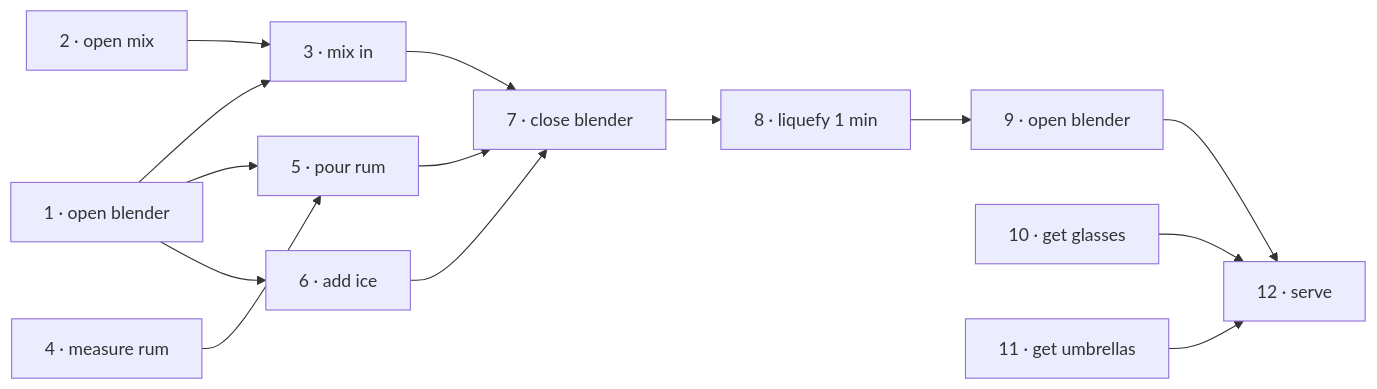
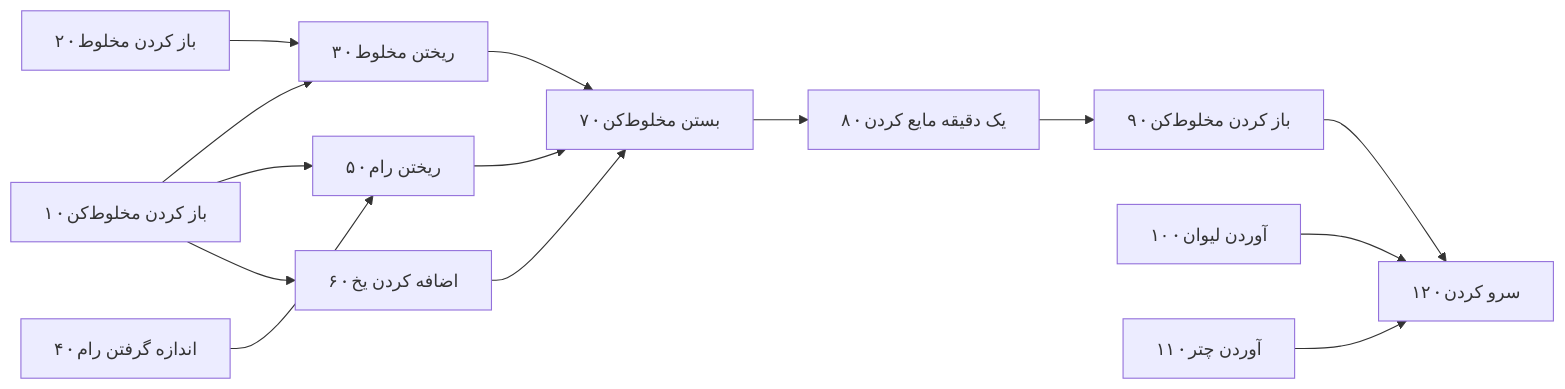
Before and after one commit to AlirezaHanifi/knowledge-vault: the first of 2 diagrams in books/the-pragmatic-programmer/chapters/06-concurrency.md, drawn with Mermaid. The commit also changed other lines of this file and 49 other files, not shown here.

````diff
--- a/books/the-pragmatic-programmer/chapters/06-concurrency.md
+++ b/books/the-pragmatic-programmer/chapters/06-concurrency.md
@@ -60,10 +62,10 @@
 ```mermaid
 flowchart LR
-    T1["1 · open blender"] --> T3["3 · mix in"]
-    T2["2 · open mix"] --> T3
-    T1 --> T5["5 · pour rum"]
-    T4["4 · measure rum"] --> T5
-    T1 --> T6["6 · add ice"]
-    T3 & T5 & T6 --> T7["7 · close blender"] --> T8["8 · liquefy 1 min"] --> T9["9 · open blender"]
-    T9 & T10["10 · get glasses"] & T11["11 · get umbrellas"] --> T12["12 · serve"]
+    T1["۱ · باز کردن مخلوط‌کن"] --> T3["۳ · ریختن مخلوط"]
+    T2["۲ · باز کردن مخلوط"] --> T3
+    T1 --> T5["۵ · ریختن رام"]
+    T4["۴ · اندازه گرفتن رام"] --> T5
+    T1 --> T6["۶ · اضافه کردن یخ"]
+    T3 & T5 & T6 --> T7["۷ · بستن مخلوط‌کن"] --> T8["۸ · یک دقیقه مایع کردن"] --> T9["۹ · باز کردن مخلوط‌کن"]
+    T9 & T10["۱۰ · آوردن لیوان"] & T11["۱۱ · آوردن چتر"] --> T12["۱۲ · سرو کردن"]
 ```
````
